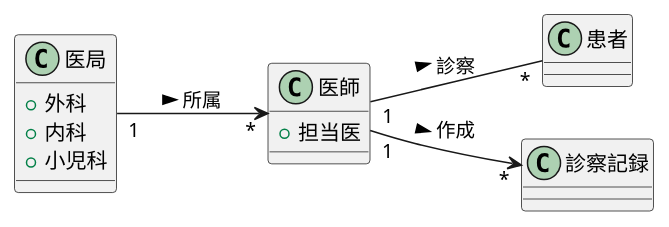
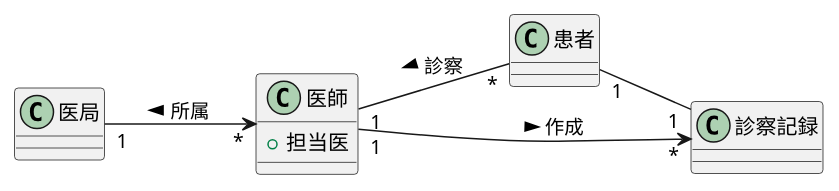
The diagram in 演習3-2_CL_医師と患者と医局と診療記録.pu (takumiTakahata/uml-introduction), drawn with PlantUML before and after one commit.

Commit message:
演習3-2修正

```diff
--- a/演習3-2_CL_医師と患者と医局と診療記録.pu
+++ b/演習3-2_CL_医師と患者と医局と診療記録.pu
@@ -1,19 +1,18 @@
 @startuml
 left to right direction
 class 医師{
     +担当医
 }
 class 患者{
 }
 class 医局{
-    +外科
-    +内科
-    +小児科
+
 }
 class 診察記録{
 
 }
-医局 "1"--> "*" 医師 :所属 >
-医師 "1"-- "*" 患者 :診察 >
+医局 "1"--> "*" 医師 :所属 <
+医師 "1"-- "*" 患者 :診察 <
 医師 "1"--> "*" 診察記録 :作成 >
+患者 "1" -- "1" 診察記録
 @enduml
```
